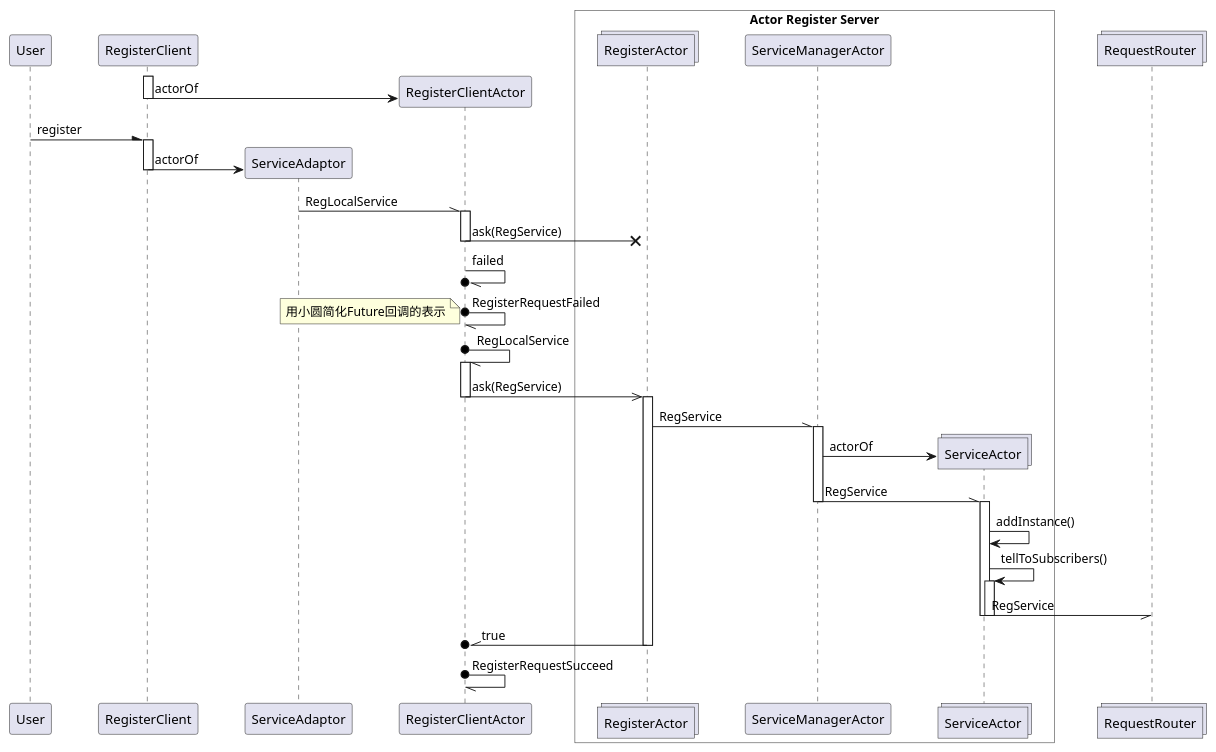
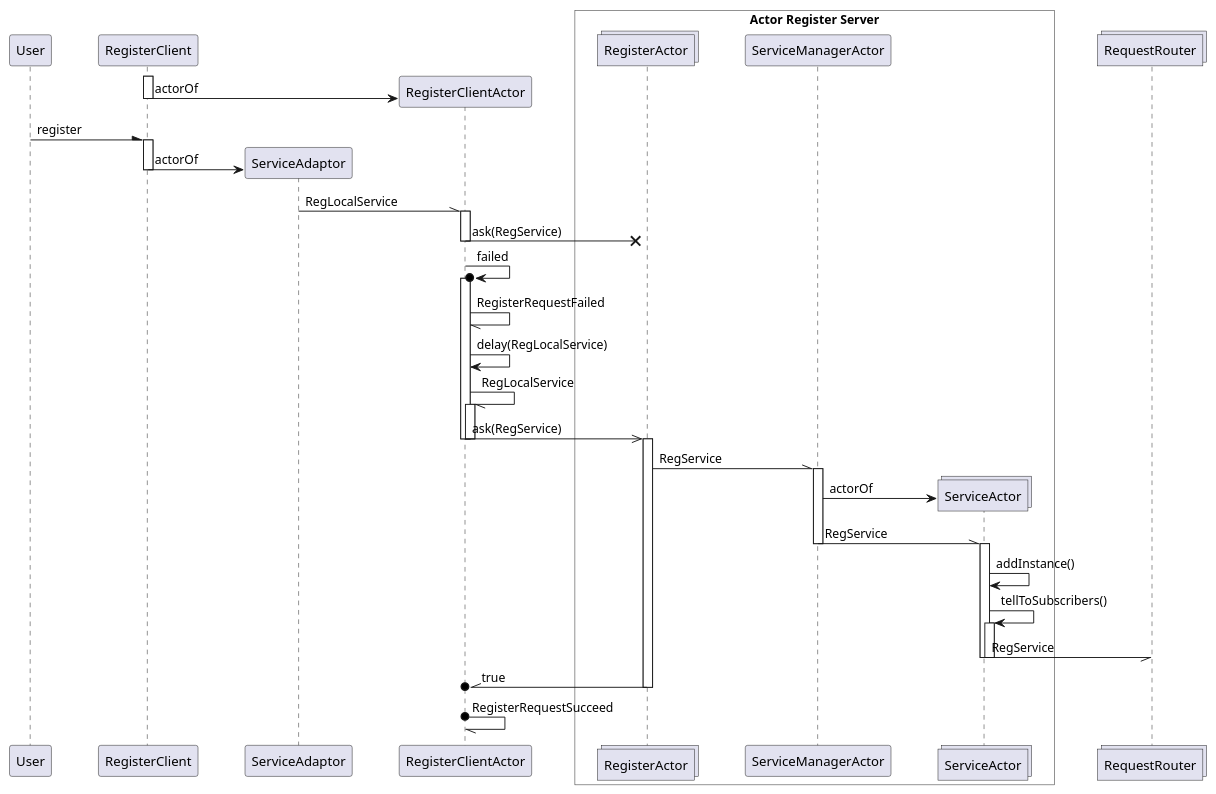
The diagram in aregister/src/main/puml/register.puml (arksea/aregister), drawn with PlantUML before and after one commit. The commit also changed 1 other file, not shown here.

Commit message:
修改序列图

```diff
--- a/aregister/src/main/puml/register.puml
+++ b/aregister/src/main/puml/register.puml
@@ -1,63 +1,65 @@
 @startuml
 skinparam ParticipantPadding 20
 skinparam BoxPadding 20
 
 participant User
 
 
 participant RegisterClient
 
 participant ServiceAdaptor
 participant RegisterClientActor
 
 activate RegisterClient
 create RegisterClientActor
 RegisterClient -> RegisterClientActor: actorOf
 deactivate RegisterClient
 
 box "Actor Register Server" #white
 collections RegisterActor
 participant ServiceManagerActor
 collections ServiceActor
 end box
 
 collections RequestRouter
 
 User -\ RegisterClient: register
 activate RegisterClient
 create ServiceAdaptor
 RegisterClient -> ServiceAdaptor: actorOf
 deactivate RegisterClient
 ServiceAdaptor -\\ RegisterClientActor: RegLocalService
 activate RegisterClientActor
 RegisterClientActor ->>x RegisterActor : ask(RegService)
 deactivate RegisterClientActor
-RegisterClientActor -//o RegisterClientActor: failed
-RegisterClientActor o-// RegisterClientActor: RegisterRequestFailed
-note left: 用小圆简化Future回调的表示
-RegisterClientActor o-// RegisterClientActor: RegLocalService
+RegisterClientActor ->o RegisterClientActor: failed
+activate RegisterClientActor
+RegisterClientActor -// RegisterClientActor: RegisterRequestFailed
+RegisterClientActor -> RegisterClientActor: delay(RegLocalService)
+RegisterClientActor -// RegisterClientActor: RegLocalService
 activate RegisterClientActor
 RegisterClientActor ->> RegisterActor : ask(RegService)
+deactivate RegisterClientActor
 deactivate RegisterClientActor
 activate RegisterActor
 
 RegisterActor -\\ ServiceManagerActor : RegService
 activate ServiceManagerActor
 create ServiceActor
 ServiceManagerActor -> ServiceActor: actorOf
 ServiceManagerActor -\\ ServiceActor : RegService
 deactivate ServiceManagerActor
 activate ServiceActor
 ServiceActor -> ServiceActor: addInstance()
 ServiceActor -> ServiceActor: tellToSubscribers()
 activate ServiceActor
 ServiceActor -// RequestRouter: RegService
 deactivate ServiceActor
 deactivate ServiceActor
 
 RegisterClientActor o//- RegisterActor : true
 deactivate RegisterActor
 RegisterClientActor o-// RegisterClientActor: RegisterRequestSucceed
 
 
 @enduml
```
